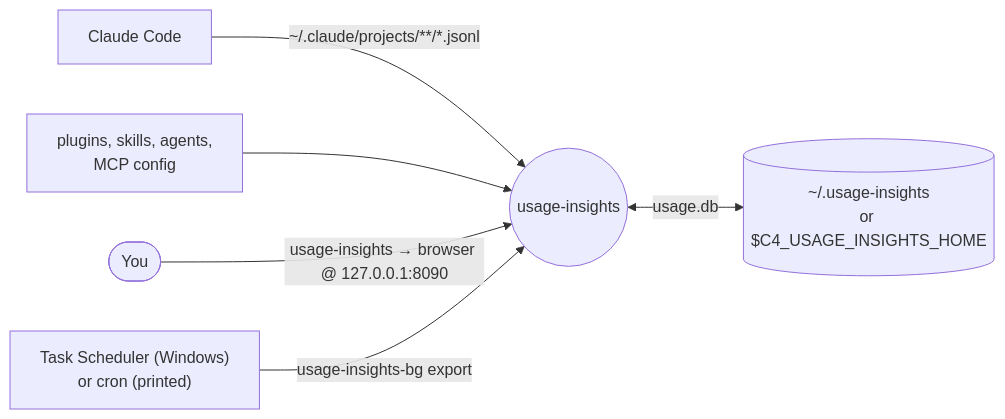
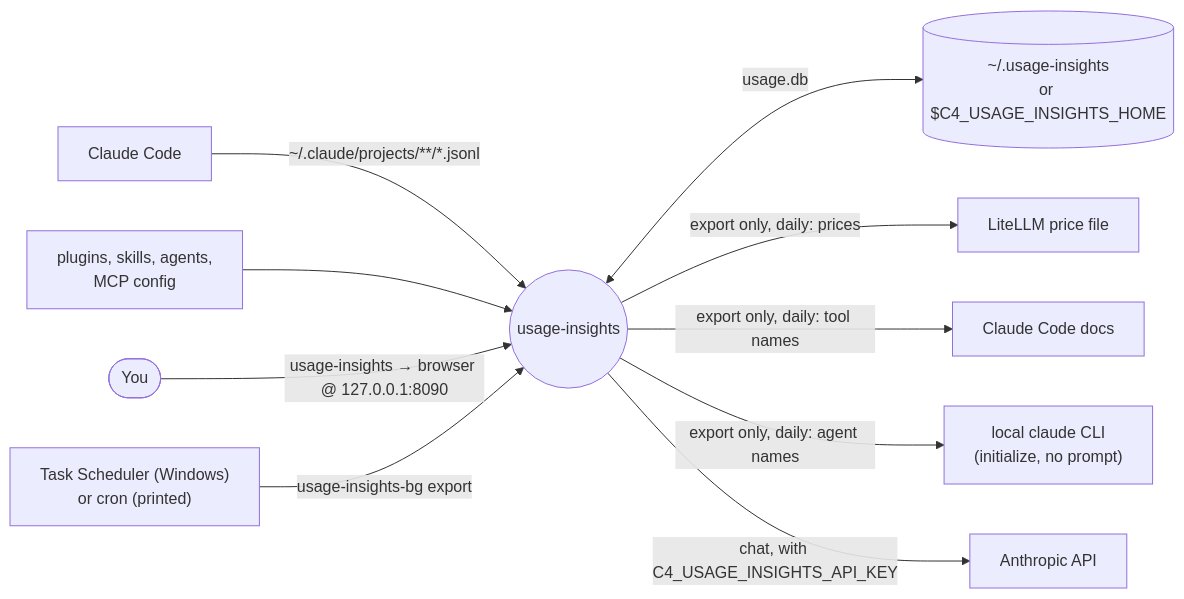
Before and after one commit to cheneeheng/claude-code-command-center: the first of 4 diagrams in apps/usage-insights/product/ARCHITECTURE.md, drawn with Mermaid. The commit also changed other lines of this file and 6 other files, not shown here.

First line of the commit message:
docs(usage-insights): document the chat, its key, and the network sources

````diff
--- a/apps/usage-insights/product/ARCHITECTURE.md
+++ b/apps/usage-insights/product/ARCHITECTURE.md
@@ -11,8 +13,12 @@
 ```mermaid
 flowchart LR
     cc["Claude Code"] -->|"~/.claude/projects/**/*.jsonl"| app((usage-insights))
     cfg["plugins, skills, agents,<br/>MCP config"] --> app
     app <-->|"usage.db"| db[("~/.usage-insights<br/>or $C4_USAGE_INSIGHTS_HOME")]
     you([You]) -->|"usage-insights → browser @ 127.0.0.1:8090"| app
     task["Task Scheduler (Windows)<br/>or cron (printed)"] -->|"usage-insights-bg export"| app
+    app -->|"export only, daily: prices"| ll["LiteLLM price file"]
+    app -->|"export only, daily: tool names"| docs["Claude Code docs"]
+    app -->|"export only, daily: agent names"| cli["local claude CLI<br/>(initialize, no prompt)"]
+    app -->|"chat, with C4_USAGE_INSIGHTS_API_KEY"| api["Anthropic API"]
 ```
````
